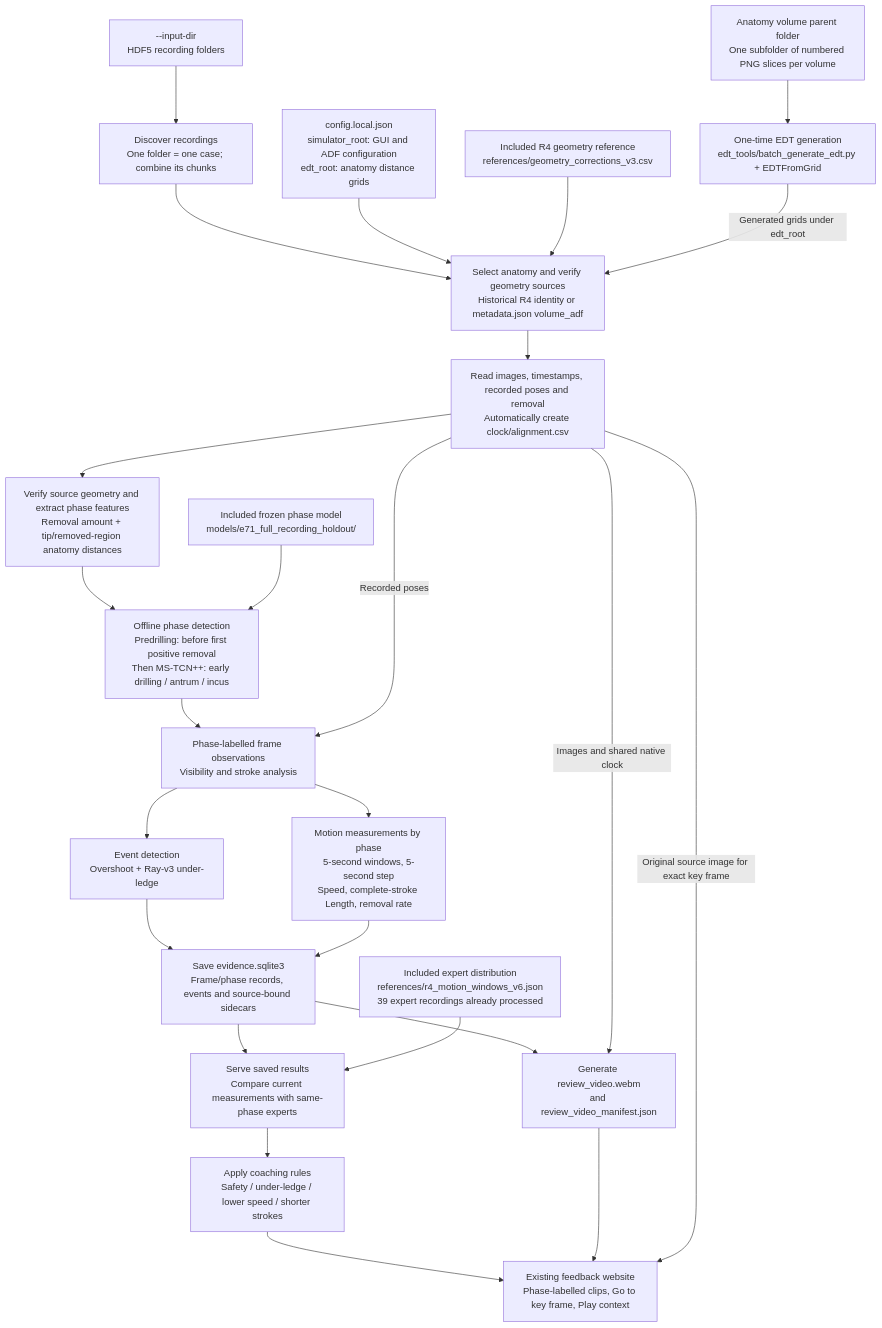
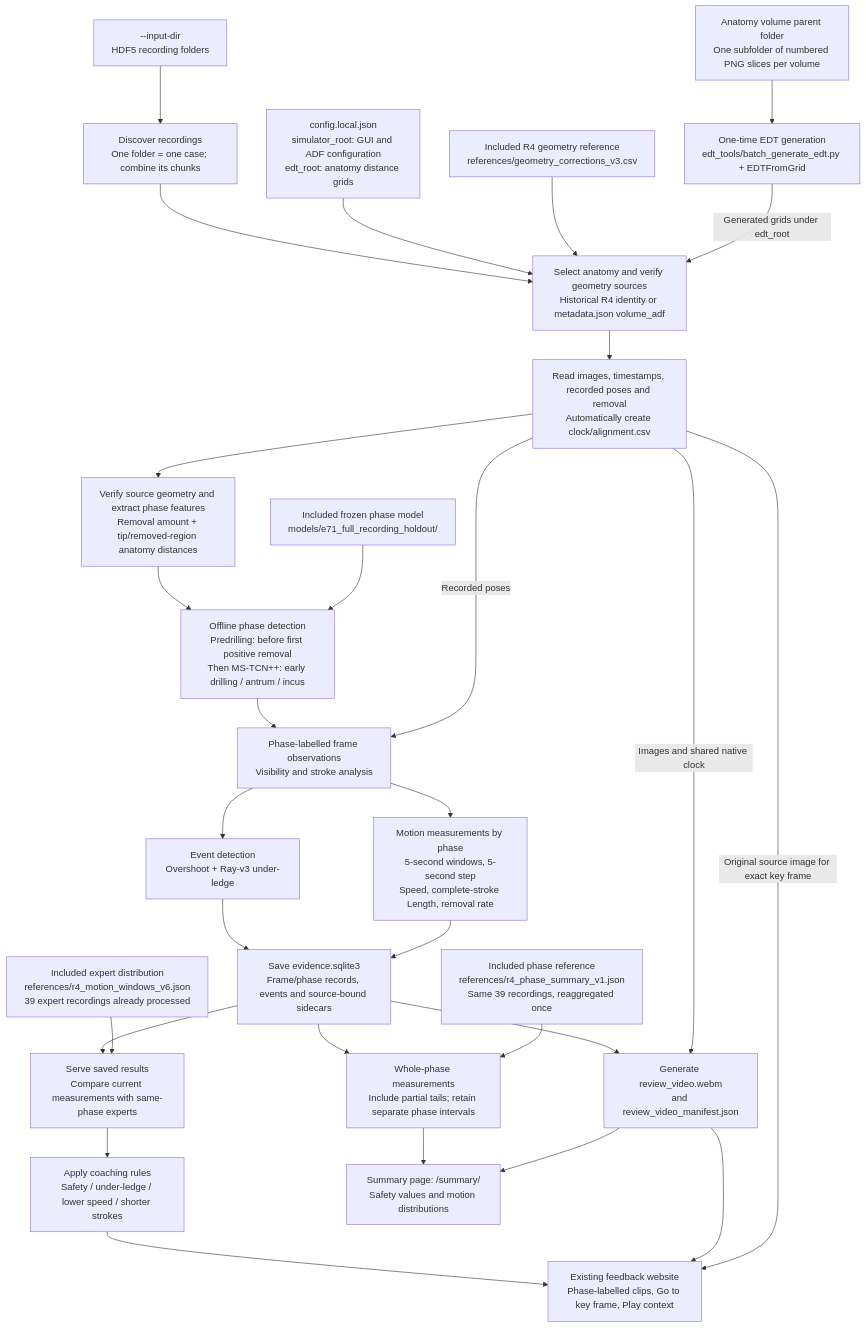
Before and after one commit to obinwosu/Mastoid-fb-system: the diagram in README.md, drawn with Mermaid. The commit also changed other lines of this file and 26 other files, not shown here.

````diff
--- a/README.md
+++ b/README.md
@@ -284,31 +405,35 @@
 ```mermaid
 flowchart TD
     Input["--input-dir<br/>HDF5 recording folders"] --> Cases["Discover recordings<br/>One folder = one case; combine its chunks"]
     Cases --> Geometry["Select anatomy and verify geometry sources<br/>Historical R4 identity or metadata.json volume_adf"]
 
     Config["config.local.json<br/>simulator_root: GUI and ADF configuration<br/>edt_root: anatomy distance grids"] --> Geometry
     Corrections["Included R4 geometry reference<br/>references/geometry_corrections_v3.csv"] --> Geometry
     Volumes["Anatomy volume parent folder<br/>One subfolder of numbered PNG slices per volume"] --> EDT["One-time EDT generation<br/>edt_tools/batch_generate_edt.py + EDTFromGrid"]
     EDT -->|Generated grids under edt_root| Geometry
 
     Geometry --> Read["Read images, timestamps, recorded poses and removal<br/>Automatically create clock/alignment.csv"]
     Read --> Signals["Verify source geometry and extract phase features<br/>Removal amount + tip/removed-region anatomy distances"]
     Signals --> Phase["Offline phase detection<br/>Predrilling: before first positive removal<br/>Then MS-TCN++: early drilling / antrum / incus"]
     Model["Included frozen phase model<br/>models/e71_full_recording_holdout/"] --> Phase
 
     Phase --> Observations["Phase-labelled frame observations<br/>Visibility and stroke analysis"]
     Read -->|Recorded poses| Observations
     Observations --> Events["Event detection<br/>Overshoot + Ray-v3 under-ledge"]
     Observations --> Motion["Motion measurements by phase<br/>5-second windows, 5-second step<br/>Speed, complete-stroke Length, removal rate"]
     Events --> Saved["Save evidence.sqlite3<br/>Frame/phase records, events and source-bound sidecars"]
     Motion --> Saved
 
     Saved --> Video["Generate review_video.webm<br/>and review_video_manifest.json"]
     Read -->|Images and shared native clock| Video
     Saved --> Compare["Serve saved results<br/>Compare current measurements with same-phase experts"]
     Experts["Included expert distribution<br/>references/r4_motion_windows_v6.json<br/>39 expert recordings already processed"] --> Compare
     Compare --> Coaching["Apply coaching rules<br/>Safety / under-ledge / lower speed / shorter strokes"]
     Coaching --> Website["Existing feedback website<br/>Phase-labelled clips, Go to key frame, Play context"]
     Video --> Website
     Read -->|Original source image for exact key frame| Website
+    Saved --> WholePhase["Whole-phase measurements<br/>Include partial tails; retain separate phase intervals"]
+    PhaseExperts["Included phase reference<br/>references/r4_phase_summary_v1.json<br/>Same 39 recordings, reaggregated once"] --> WholePhase
+    WholePhase --> Summary["Summary page: /summary/<br/>Safety values and motion distributions"]
+    Video --> Summary
 ```
````
